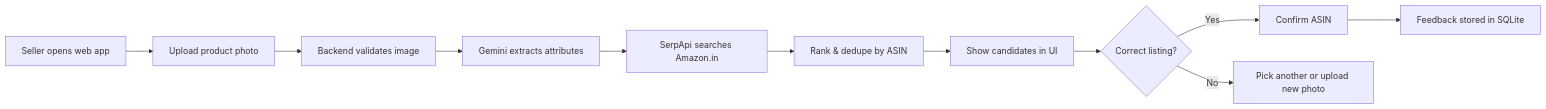
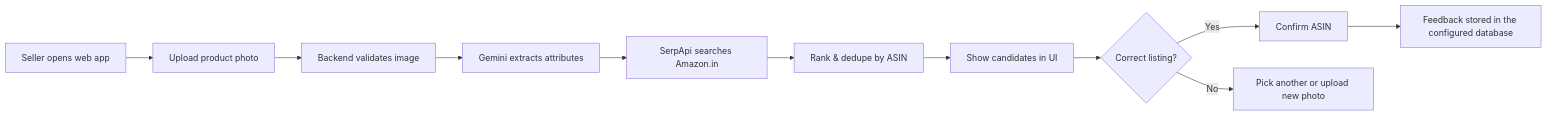
One commit to nikku45/Image-to-product changed the first of 5 diagrams in README.md. Above: the diagram before and after it, drawn with Mermaid. The commit also changed other lines of this file and 10 other files, not shown here.

````diff
--- a/README.md
+++ b/README.md
@@ -53,13 +54,13 @@
 ```mermaid
 flowchart LR
   A[Seller opens web app] --> B[Upload product photo]
   B --> C[Backend validates image]
   C --> D[Gemini extracts attributes]
   D --> E[SerpApi searches Amazon.in]
   E --> F[Rank & dedupe by ASIN]
   F --> G[Show candidates in UI]
   G --> H{Correct listing?}
   H -->|Yes| I[Confirm ASIN]
   H -->|No| J[Pick another or upload new photo]
-  I --> K[Feedback stored in SQLite]
+  I --> K[Feedback stored in the configured database]
 ```
````
